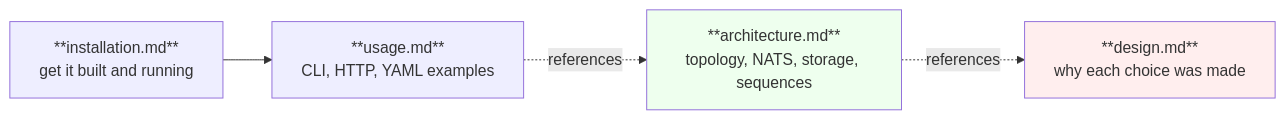
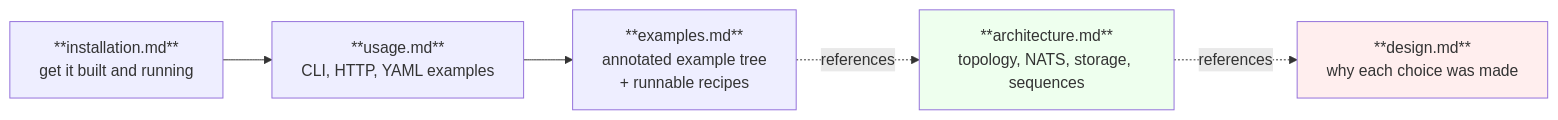
Before and after one commit to geekychris/orion_mesh: the diagram in docs/README.md, drawn with Mermaid. The commit also changed other lines of this file and 4 other files, not shown here.

First line of the commit message:
docs: cover Phase A/B/C — dispatch, logs, schedules, IPC + an annotated examples guide

````diff
--- a/docs/README.md
+++ b/docs/README.md
@@ -5,16 +5,19 @@
 ```mermaid
 flowchart LR
     Install["**installation.md**<br/>get it built and running"]
     Usage["**usage.md**<br/>CLI, HTTP, YAML examples"]
+    Examples["**examples.md**<br/>annotated example tree<br/>+ runnable recipes"]
     Arch["**architecture.md**<br/>topology, NATS, storage, sequences"]
     Design["**design.md**<br/>why each choice was made"]
 
     Install --> Usage
-    Usage -.references.-> Arch
+    Usage --> Examples
+    Examples -.references.-> Arch
     Arch -.references.-> Design
 
-    style Install fill:#eef
-    style Usage  fill:#eef
-    style Arch   fill:#efe
-    style Design fill:#fee
+    style Install  fill:#eef
+    style Usage    fill:#eef
+    style Examples fill:#eef
+    style Arch     fill:#efe
+    style Design   fill:#fee
 ```
````
